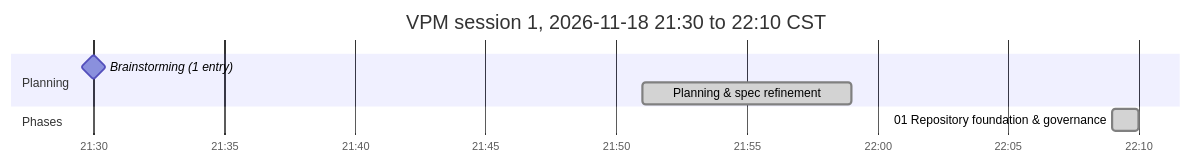
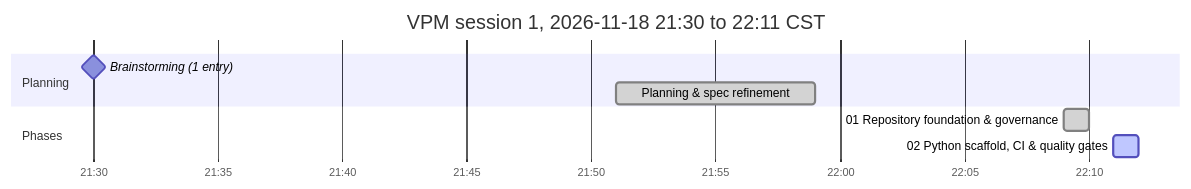
Before and after one commit to antonizick/VPNMonitor: the diagram in VPM_IMPLEMENTATION_PLAN.md, drawn with Mermaid. The commit also changed other lines of this file and 1 other file, not shown here.

Commit message:
docs(plan): refresh timeline

````diff
--- a/VPM_IMPLEMENTATION_PLAN.md
+++ b/VPM_IMPLEMENTATION_PLAN.md
@@ -52,11 +52,12 @@
 ```mermaid
 gantt
-    title VPM session 1, 2026-11-18 21:30 to 22:10 CST
+    title VPM session 1, 2026-11-18 21:30 to 22:11 CST
     dateFormat YYYY-MM-DD HH:mm
     axisFormat %H:%M
     section Planning
     Brainstorming (1 entry) :milestone, bs1, 2026-11-18 21:30, 0m
     Planning & spec refinement :done, p00, 2026-11-18 21:51, 2026-11-18 21:59
     section Phases
     01 Repository foundation & governance :done, p01s1, 2026-11-18 22:09, 2026-11-18 22:10
+    02 Python scaffold, CI & quality gates :active, p02s1, 2026-11-18 22:11, 2026-11-18 22:12
 ```
````
